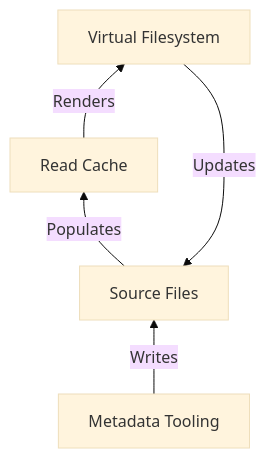
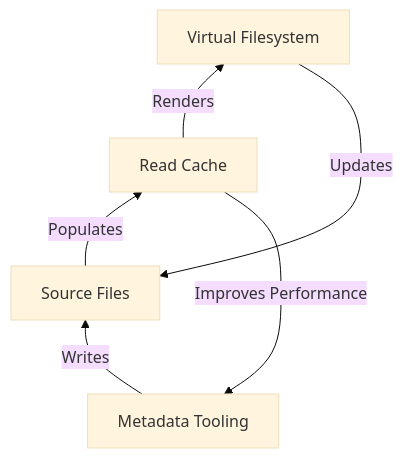
The diagram in README.md (azuline/rose), drawn with Mermaid (base theme) before and after one commit. The commit also changed other lines of this file and 11 other files, not shown here.

````diff
--- a/README.md
+++ b/README.md
@@ -263,7 +267,8 @@
 ```mermaid
 flowchart BT
     M[Metadata Tooling]    -->|Writes| S
     S[Source Files]        -->|Populates| C
     C[Read Cache]          -->|Renders| V
+    C[Read Cache]          -->|Improves Performance| M
     V[Virtual Filesystem]  -->|Updates| S
 ```
````
